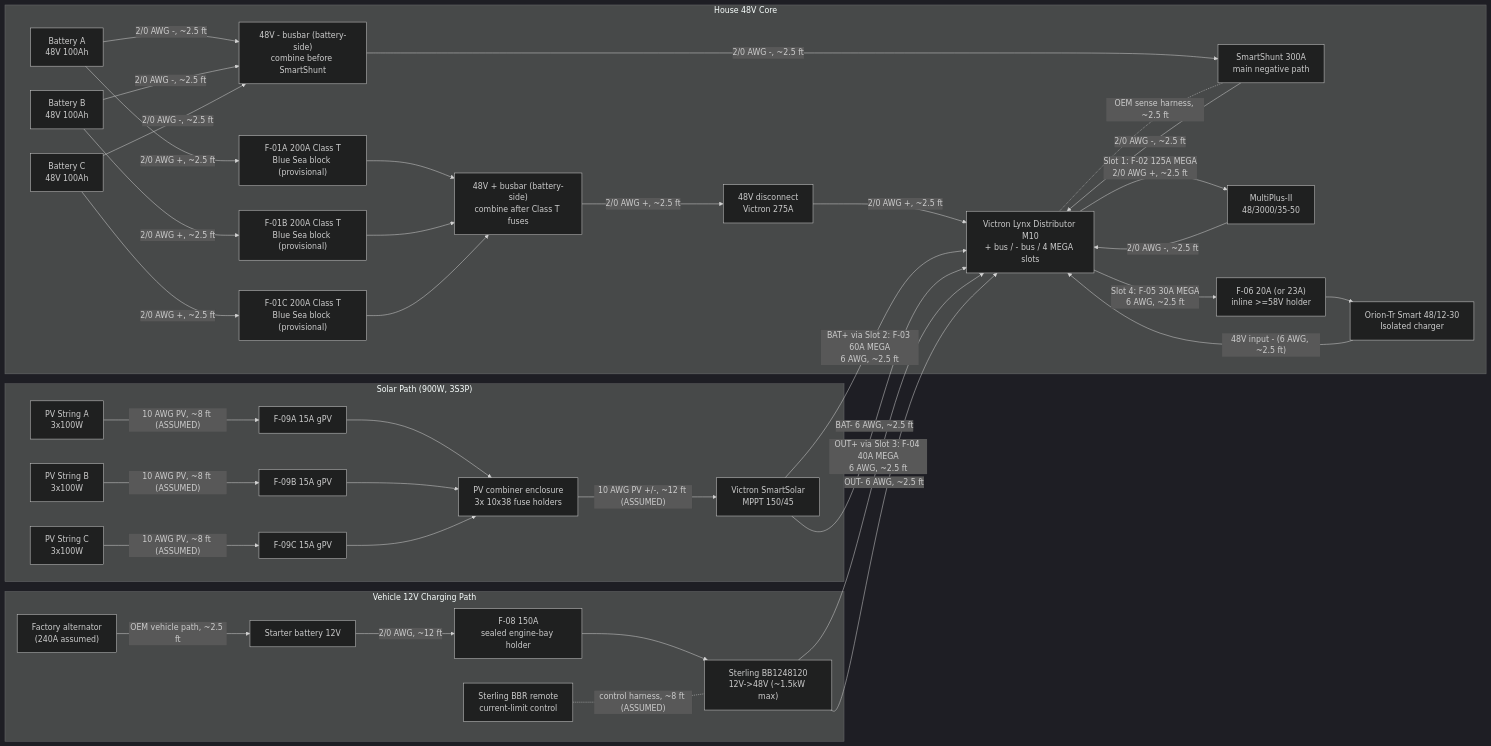
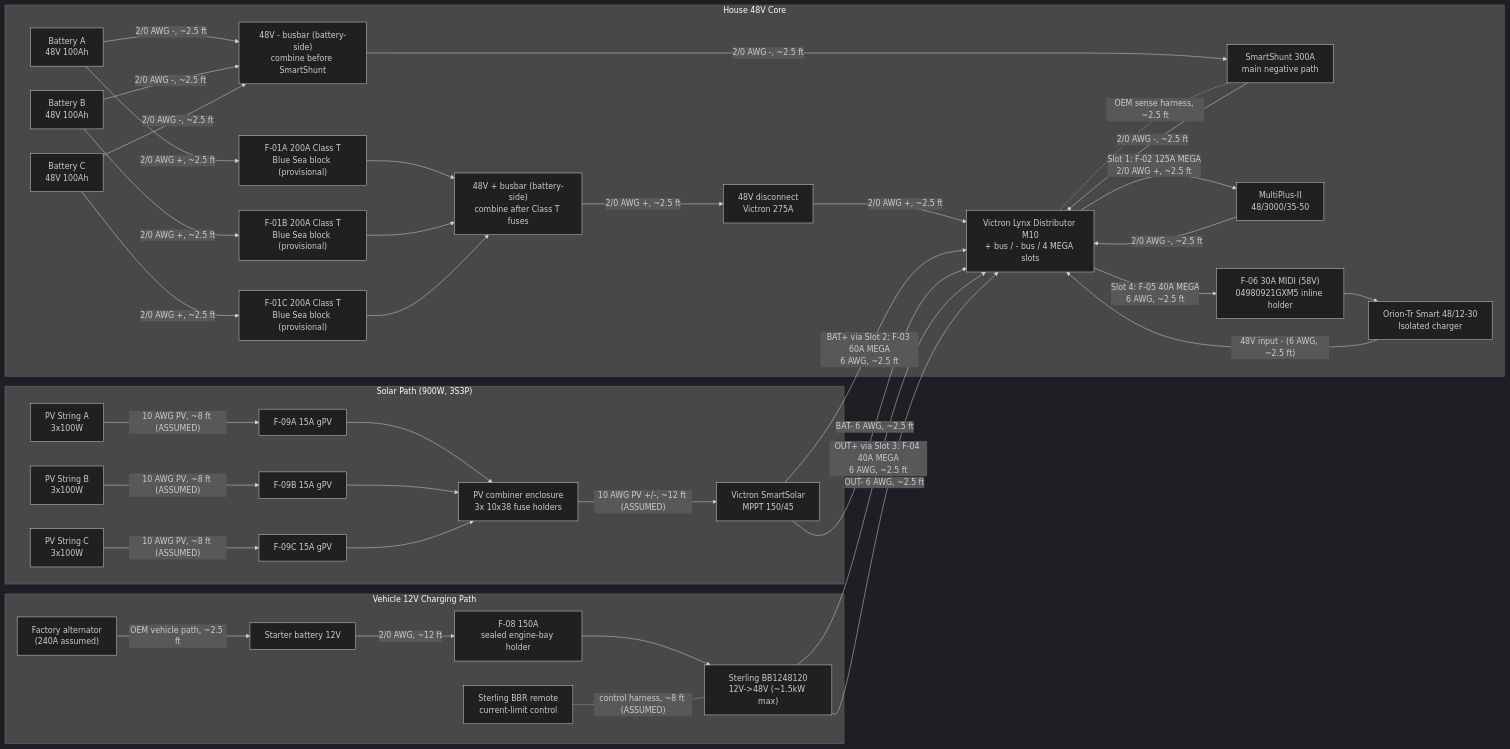
Before and after one commit to DataDaneDev/HiatusBuild: the first of 4 diagrams in docs/ELECTRICAL_overview_diagram.md, drawn with Mermaid (dark theme). The commit also changed other lines of this file and 16 other files, not shown here.

````diff
--- a/docs/ELECTRICAL_overview_diagram.md
+++ b/docs/ELECTRICAL_overview_diagram.md
@@ -43,70 +43,70 @@
 ```mermaid
 flowchart LR
     subgraph VEHICLE_12V["Vehicle 12V Charging Path"]
         ALT["Factory alternator\n(240A assumed)"]
         START["Starter battery 12V"]
         F08["F-08 150A\nsealed engine-bay holder"]
         B2B["Sterling BB1248120\n12V->48V (~1.5kW max)"]
         BBR["Sterling BBR remote\ncurrent-limit control"]
         ALT -- "OEM vehicle path, ~2.5 ft" --> START
         START -- "2/0 AWG, ~12 ft" --> F08 --> B2B
         BBR -. "control harness, ~8 ft (ASSUMED)" .- B2B
     end
 
     subgraph PV_PATH["Solar Path (900W, 3S3P)"]
         PVA["PV String A\n3x100W"]
         PVB["PV String B\n3x100W"]
         PVC["PV String C\n3x100W"]
         F09A["F-09A 15A gPV"]
         F09B["F-09B 15A gPV"]
         F09C["F-09C 15A gPV"]
         COMB["PV combiner enclosure\n3x 10x38 fuse holders"]
         MPPT["Victron SmartSolar\nMPPT 150/45"]
         PVA -- "10 AWG PV, ~8 ft (ASSUMED)" --> F09A --> COMB
         PVB -- "10 AWG PV, ~8 ft (ASSUMED)" --> F09B --> COMB
         PVC -- "10 AWG PV, ~8 ft (ASSUMED)" --> F09C --> COMB
         COMB -- "10 AWG PV +/-, ~12 ft (ASSUMED)" --> MPPT
     end
 
     subgraph HOUSE_48V["House 48V Core"]
         BATA["Battery A\n48V 100Ah"]
         BATB["Battery B\n48V 100Ah"]
         BATC["Battery C\n48V 100Ah"]
         F01A["F-01A 200A Class T\nBlue Sea block (provisional)"]
         F01B["F-01B 200A Class T\nBlue Sea block (provisional)"]
         F01C["F-01C 200A Class T\nBlue Sea block (provisional)"]
         POSBUS["48V + busbar (battery-side)\ncombine after Class T fuses"]
         NEGBUS["48V - busbar (battery-side)\ncombine before SmartShunt"]
         DISC["48V disconnect\nVictron 275A"]
         SHUNT["SmartShunt 300A\nmain negative path"]
         LYNX["Victron Lynx Distributor M10\n+ bus / - bus / 4 MEGA slots"]
         MULTI["MultiPlus-II\n48/3000/35-50"]
         ORION["Orion-Tr Smart 48/12-30\nIsolated charger"]
-        F06["F-06 20A (or 23A)\ninline >=58V holder"]
+        F06["F-06 30A MIDI (58V)\n04980921GXM5 inline holder"]
     end
 
     BATA -- "2/0 AWG +, ~2.5 ft" --> F01A --> POSBUS
     BATB -- "2/0 AWG +, ~2.5 ft" --> F01B --> POSBUS
     BATC -- "2/0 AWG +, ~2.5 ft" --> F01C --> POSBUS
     POSBUS -- "2/0 AWG +, ~2.5 ft" --> DISC
     DISC -- "2/0 AWG +, ~2.5 ft" --> LYNX
 
     BATA -- "2/0 AWG -, ~2.5 ft" --> NEGBUS
     BATB -- "2/0 AWG -, ~2.5 ft" --> NEGBUS
     BATC -- "2/0 AWG -, ~2.5 ft" --> NEGBUS
     NEGBUS -- "2/0 AWG -, ~2.5 ft" --> SHUNT
     SHUNT -- "2/0 AWG -, ~2.5 ft" --> LYNX
     LYNX -. "OEM sense harness, ~2.5 ft" .- SHUNT
 
     LYNX -- "Slot 1: F-02 125A MEGA\n2/0 AWG +, ~2.5 ft" --> MULTI
     MULTI -- "2/0 AWG -, ~2.5 ft" --> LYNX
 
     MPPT -- "BAT+ via Slot 2: F-03 60A MEGA\n6 AWG, ~2.5 ft" --> LYNX
     MPPT -- "BAT- 6 AWG, ~2.5 ft" --> LYNX
 
     B2B -- "OUT+ via Slot 3: F-04 40A MEGA\n6 AWG, ~2.5 ft" --> LYNX
     B2B -- "OUT- 6 AWG, ~2.5 ft" --> LYNX
 
-    LYNX -- "Slot 4: F-05 30A MEGA\n6 AWG, ~2.5 ft" --> F06 --> ORION
+    LYNX -- "Slot 4: F-05 40A MEGA\n6 AWG, ~2.5 ft" --> F06 --> ORION
     ORION -- "48V input - (6 AWG, ~2.5 ft)" --> LYNX
 ```
````
